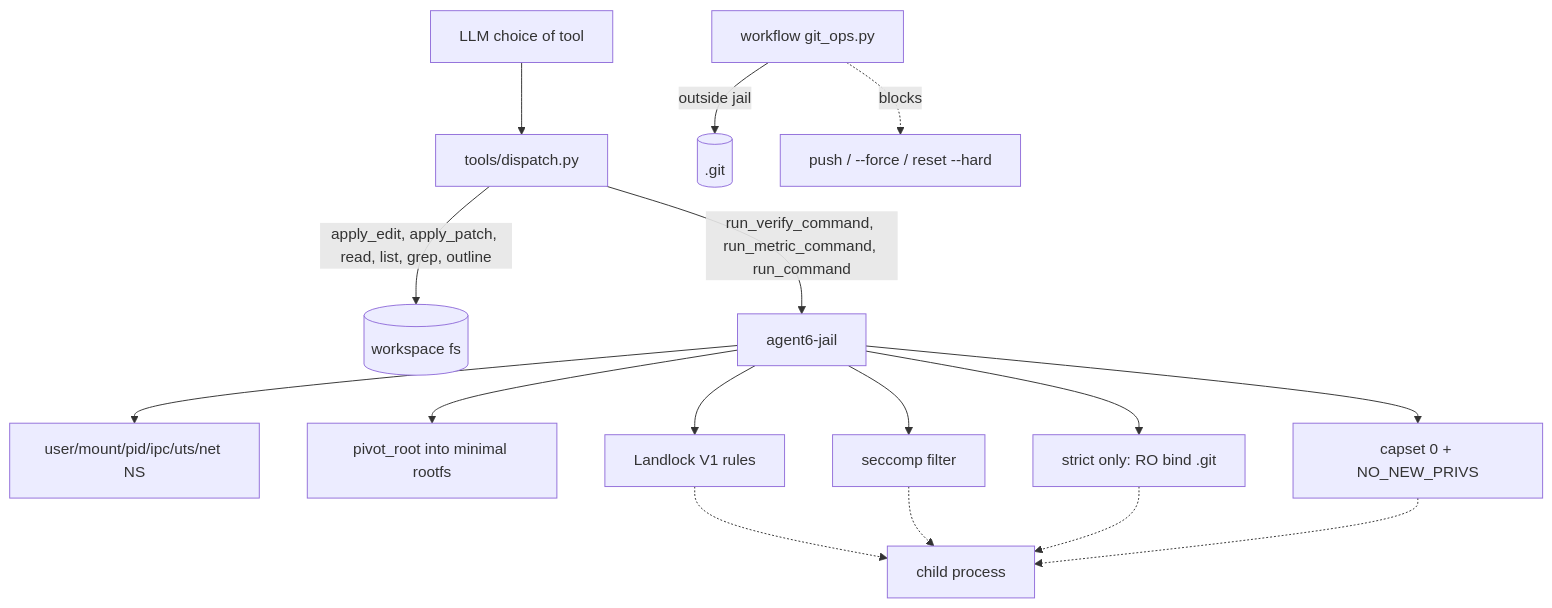
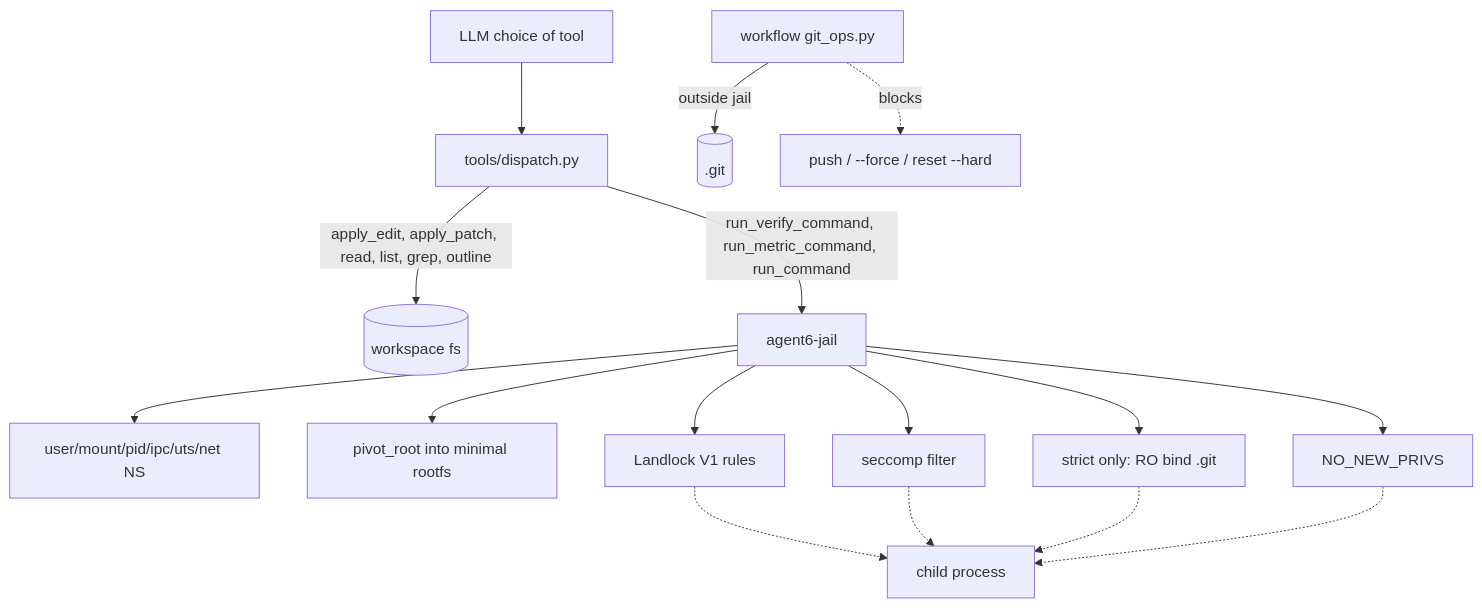
Before and after one commit to agent6-dev/agent6: the third of 4 diagrams in docs/architecture.md, drawn with Mermaid. The commit also changed other lines of this file and 9 other files, not shown here.

````diff
--- a/docs/architecture.md
+++ b/docs/architecture.md
@@ -134,18 +138,18 @@
 ```mermaid
 flowchart TD
     LLM[LLM choice of tool] --> Tools[tools/dispatch.py]
     Tools -->|apply_edit, apply_patch, read, list, grep, outline| FS[(workspace fs)]
     Tools -->|run_verify_command, run_metric_command, run_command| Jail[agent6-jail]
     Jail --> NS[user/mount/pid/ipc/uts/net NS]
     Jail --> Pivot[pivot_root into minimal rootfs]
     Jail --> ROBinds[strict only: RO bind .git]
     Jail --> Land[Landlock V1 rules]
     Jail --> Sec[seccomp filter]
-    Jail --> Caps[capset 0 + NO_NEW_PRIVS]
+    Jail --> Caps[NO_NEW_PRIVS]
     Land -.-> Child[child process]
     Sec -.-> Child
     ROBinds -.-> Child
     Caps -.-> Child
     Workflow[workflow git_ops.py] -->|outside jail| Git[(.git)]
     Workflow -. blocks .-> Push[push / --force / reset --hard]
 ```
````
